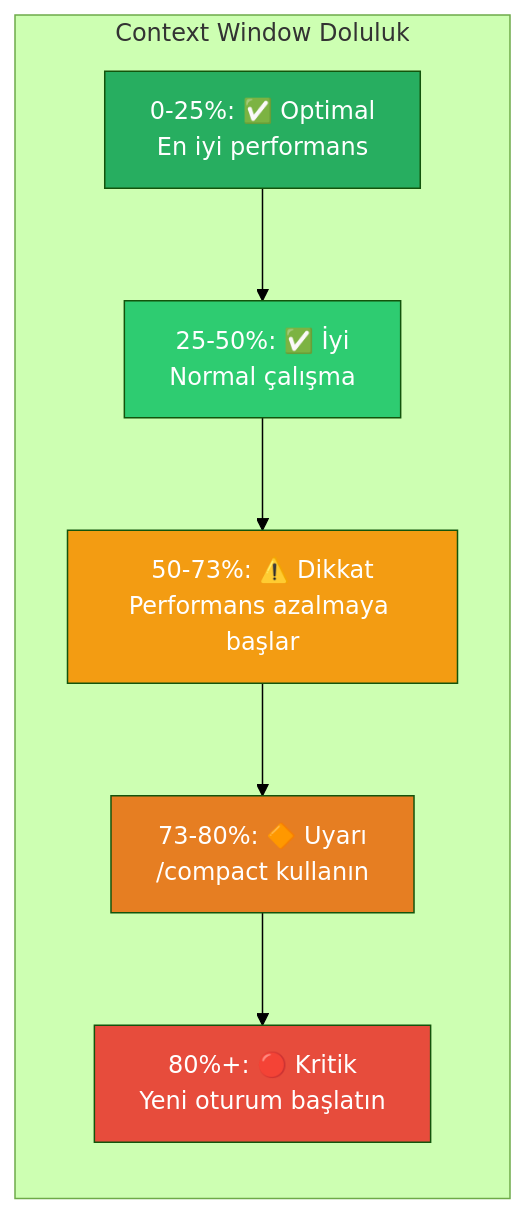
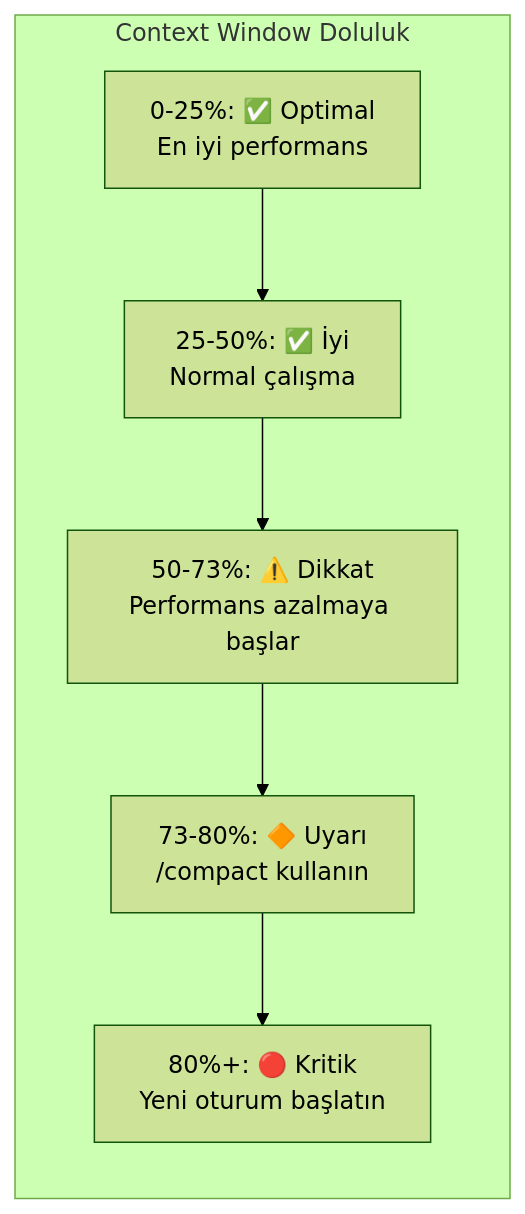
Before and after one commit to IzzetYasinAtes/ClaudeCodeHandbook: the second of 7 diagrams in 09-bellek-ve-baglam/05-context-window-yonetimi.md, drawn with Mermaid (forest theme). The commit also changed other lines of this file and 97 other files, not shown here.

Commit message:
Remove all custom Mermaid style/fill colors from 98 markdown files for consistent dark theme rendering

````diff
--- a/09-bellek-ve-baglam/05-context-window-yonetimi.md
+++ b/09-bellek-ve-baglam/05-context-window-yonetimi.md
@@ -44,19 +39,14 @@
 ```mermaid
 flowchart LR
     subgraph gauge ["Context Window Doluluk"]
         direction TB
         G1["0-25%: ✅ Optimal<br/>En iyi performans"]
         G2["25-50%: ✅ İyi<br/>Normal çalışma"]
         G3["50-73%: ⚠️ Dikkat<br/>Performans azalmaya başlar"]
         G4["73-80%: 🔶 Uyarı<br/>/compact kullanın"]
         G5["80%+: 🔴 Kritik<br/>Yeni oturum başlatın"]
     end
 
     G1 --> G2 --> G3 --> G4 --> G5
 
-    style G1 fill:#27AE60,color:#fff
-    style G2 fill:#2ECC71,color:#fff
-    style G3 fill:#F39C12,color:#fff
-    style G4 fill:#E67E22,color:#fff
-    style G5 fill:#E74C3C,color:#fff
 ```
````
